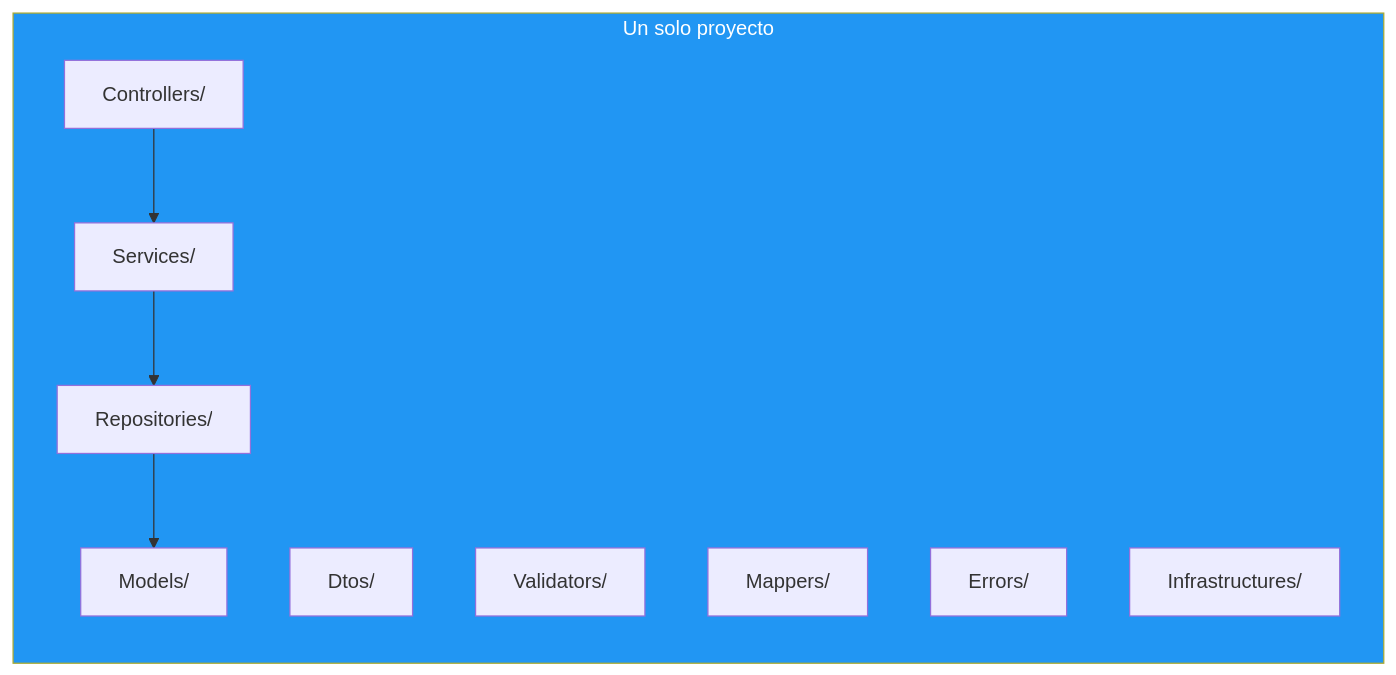
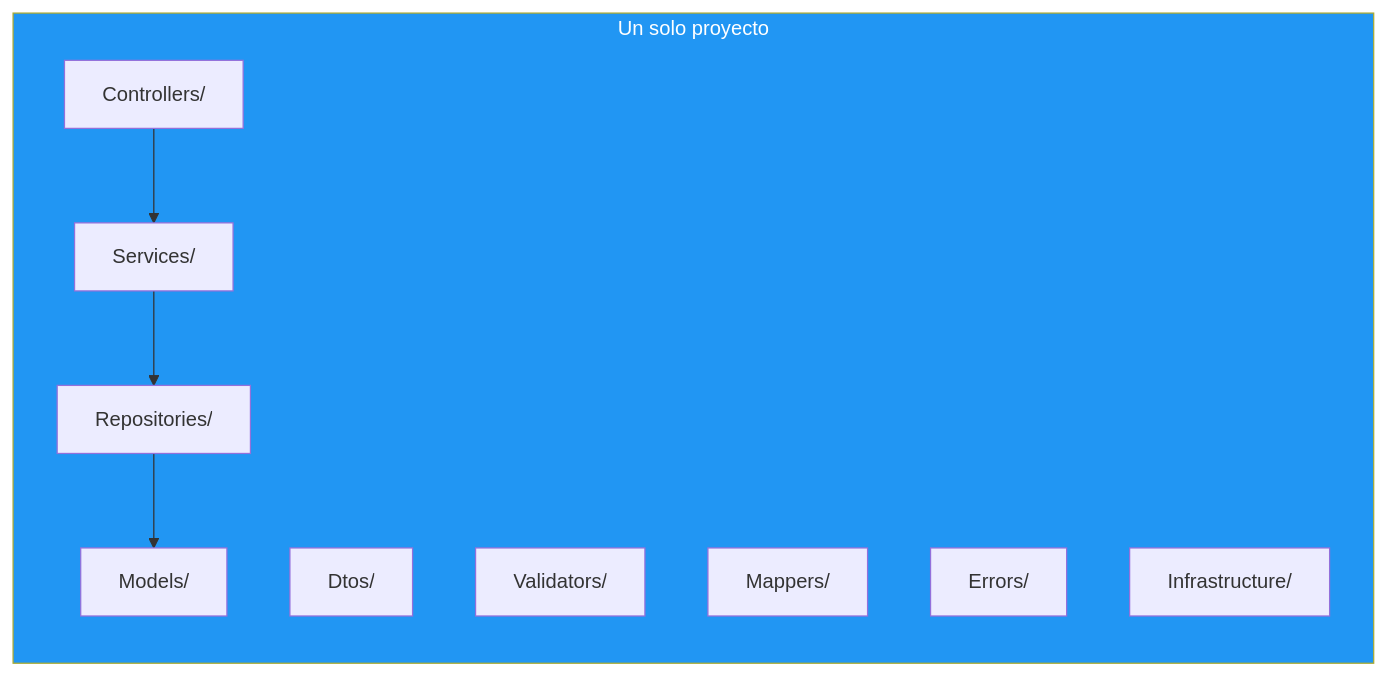
The sixth of 6 diagrams in 11-clean-architecture.md (joseluisgs/DesarrolloWebEntornosServidor-02-2026-2027), drawn with Mermaid before and after one commit. The commit also changed other lines of this file and 33 other files, not shown here.

````diff
--- a/11-clean-architecture.md
+++ b/11-clean-architecture.md
@@ -464,21 +464,21 @@
 ```mermaid
 flowchart TB
     subgraph PROYECTO["Un solo proyecto"]
         direction TB
         CTRL["Controllers/"]
         SVC["Services/"]
         REPO["Repositories/"]
         MDL["Models/"]
         DTO["Dtos/"]
         VAL["Validators/"]
         MAP["Mappers/"]
         ERR["Errors/"]
-        INF["Infrastructures/"]
+        INF["Infrastructure/"]
     end
 
     CTRL --> SVC
     SVC --> REPO
     REPO --> MDL
 
     style PROYECTO fill:#2196F3,color:#fff
 ```
````
